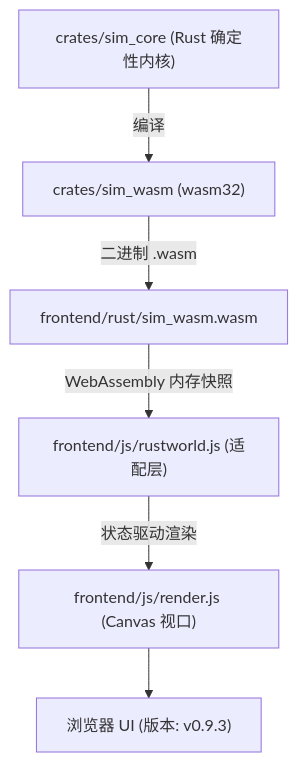
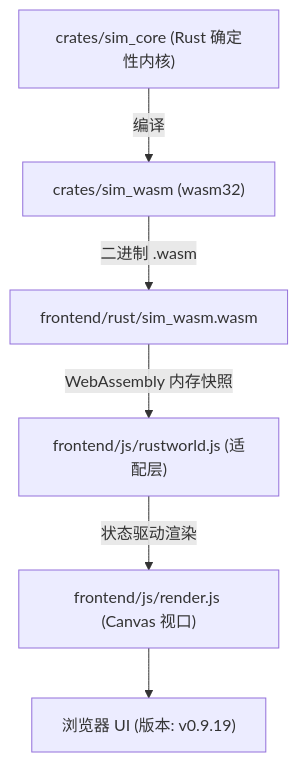
The diagram in AGENTS.md (g39088902/FlowAndAccord), drawn with Mermaid before and after one commit. The commit also changed other lines of this file and 24 other files, not shown here.

````diff
--- a/AGENTS.md
+++ b/AGENTS.md
@@ -28,8 +28,8 @@
 ```mermaid
 graph TD
     A["crates/sim_core (Rust 确定性内核)"] -->|编译| B["crates/sim_wasm (wasm32)"]
     B -->|二进制 .wasm| C["frontend/rust/sim_wasm.wasm"]
     C -->|WebAssembly 内存快照| D["frontend/js/rustworld.js (适配层)"]
     D -->|状态驱动渲染| E["frontend/js/render.js (Canvas 视口)"]
-    E --> F["浏览器 UI (版本: v0.9.3)"]
+    E --> F["浏览器 UI (版本: v0.9.19)"]
 ```
````
